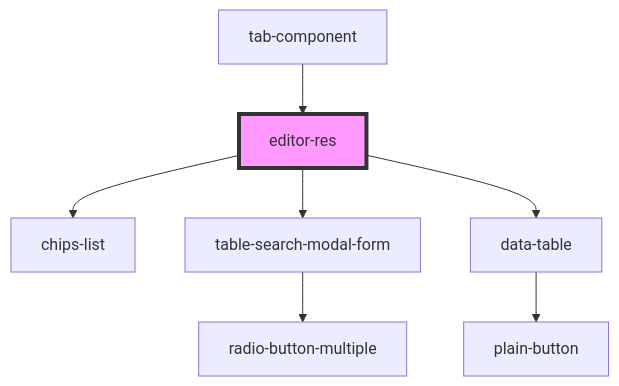
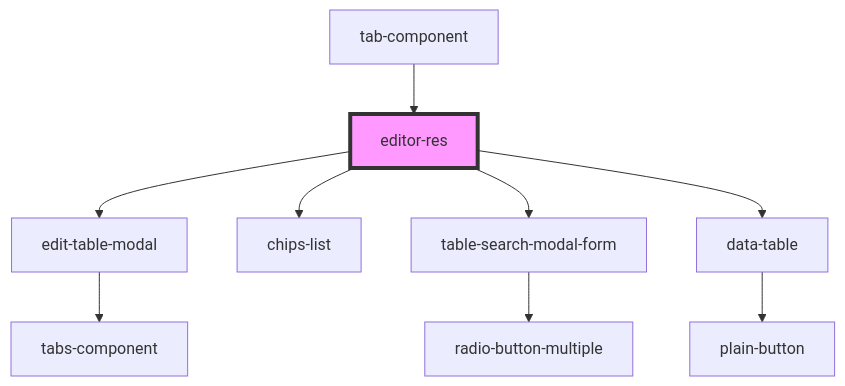
Before and after one commit to techvariable/NeptuneConnectComponents: the diagram in src/components/editorPage/editor-res/readme.md, drawn with Mermaid. The commit also changed other lines of this file and 24 other files, not shown here.

````diff
--- a/src/components/editorPage/editor-res/readme.md
+++ b/src/components/editorPage/editor-res/readme.md
@@ -21,10 +22,12 @@
 ```mermaid
 graph TD;
+  editor-res --> edit-table-modal
   editor-res --> chips-list
   editor-res --> table-search-modal-form
   editor-res --> data-table
+  edit-table-modal --> tabs-component
   table-search-modal-form --> radio-button-multiple
   data-table --> plain-button
   tab-component --> editor-res
   style editor-res fill:#f9f,stroke:#333,stroke-width:4px
 ```
````
